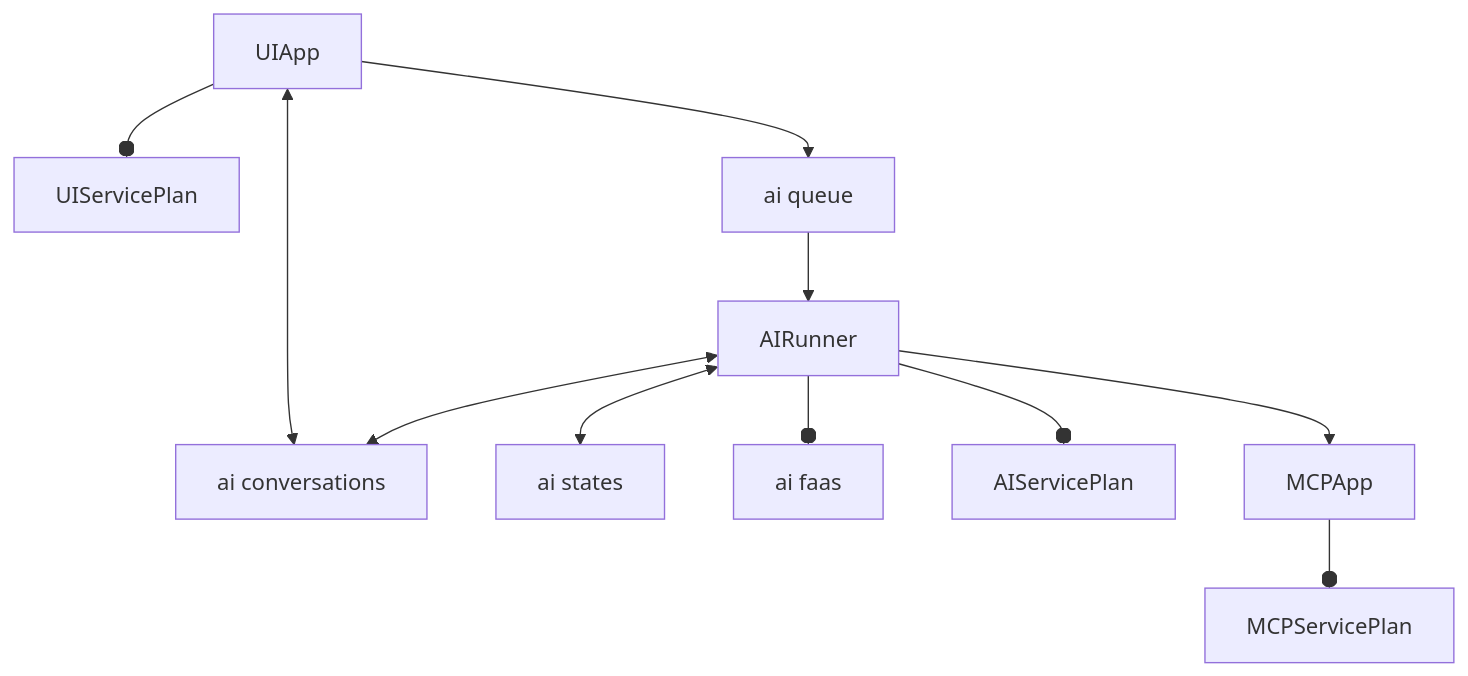
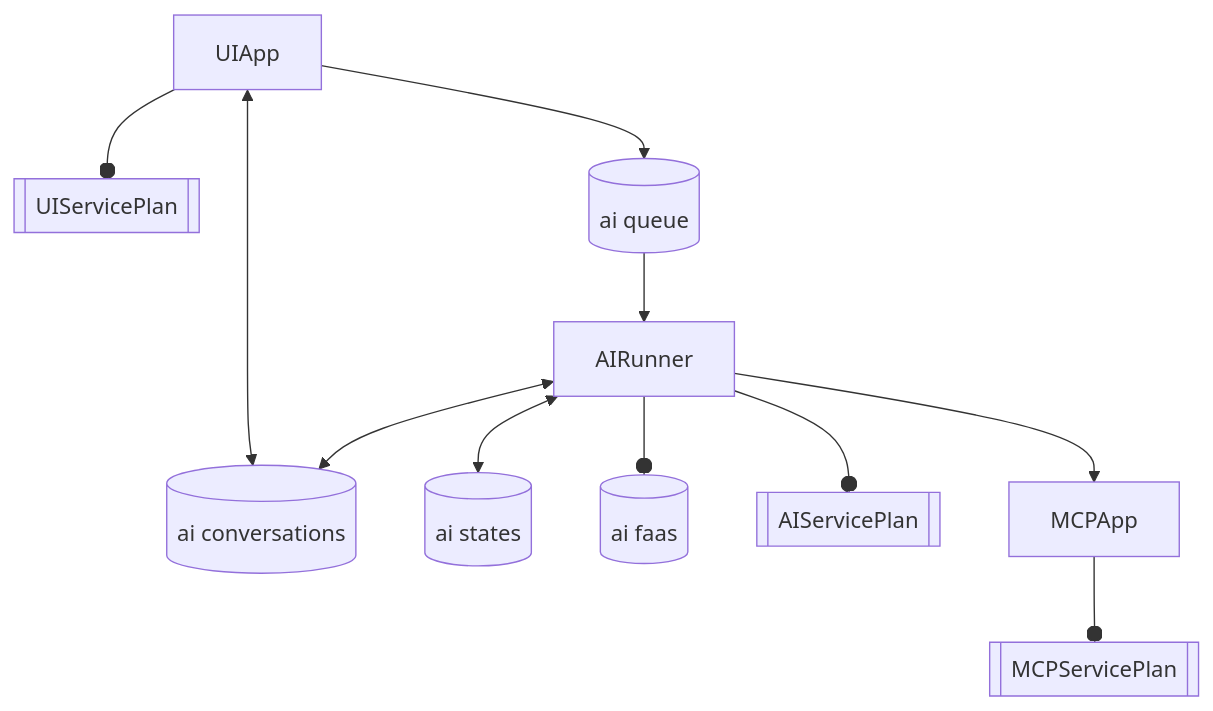
One commit to drwilliamroney/Pachinko.AI changed the diagram in terraform/README.md. Above: the diagram before and after it, drawn with Mermaid.

Commit message:
Changed diagram

````diff
--- a/terraform/README.md
+++ b/terraform/README.md
@@ -3,23 +3,23 @@
 ```mermaid
 flowchart TB
-    UIServicePlan
+    UIServicePlan[[UIServicePlan]]
     UIApp
-    ConversationContainer[ai conversations]
-    StatesContainer[ai states]
-    QueueContainer[ai queue]
-    FaaSContainer[ai faas]
-    AIServicePlan
+    ConversationContainer[(ai conversations)]
+    StatesContainer[(ai states)]
+    QueueContainer[(ai queue)]
+    FaaSContainer[(ai faas)]
+    AIServicePlan[[AIServicePlan]]
     AIRunner
-    MCPServicePlan
+    MCPServicePlan[[MCPServicePlan]]
     MCPApp
     UIApp --o UIServicePlan
     UIApp --> QueueContainer
     AIRunner --o AIServicePlan
     AIRunner --o FaaSContainer
     QueueContainer --> AIRunner
     UIApp <--> ConversationContainer
     AIRunner <--> ConversationContainer
     AIRunner <--> StatesContainer
     AIRunner --> MCPApp
     MCPApp --o MCPServicePlan
 ```
````
